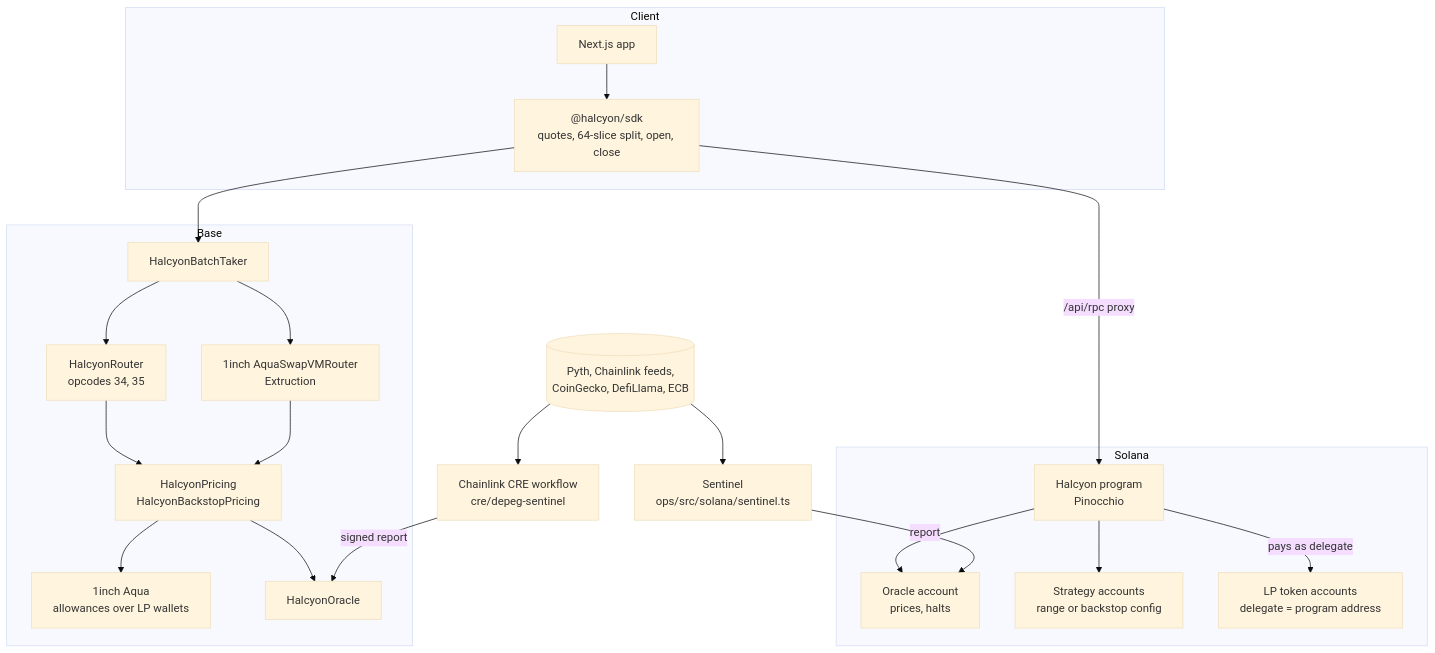
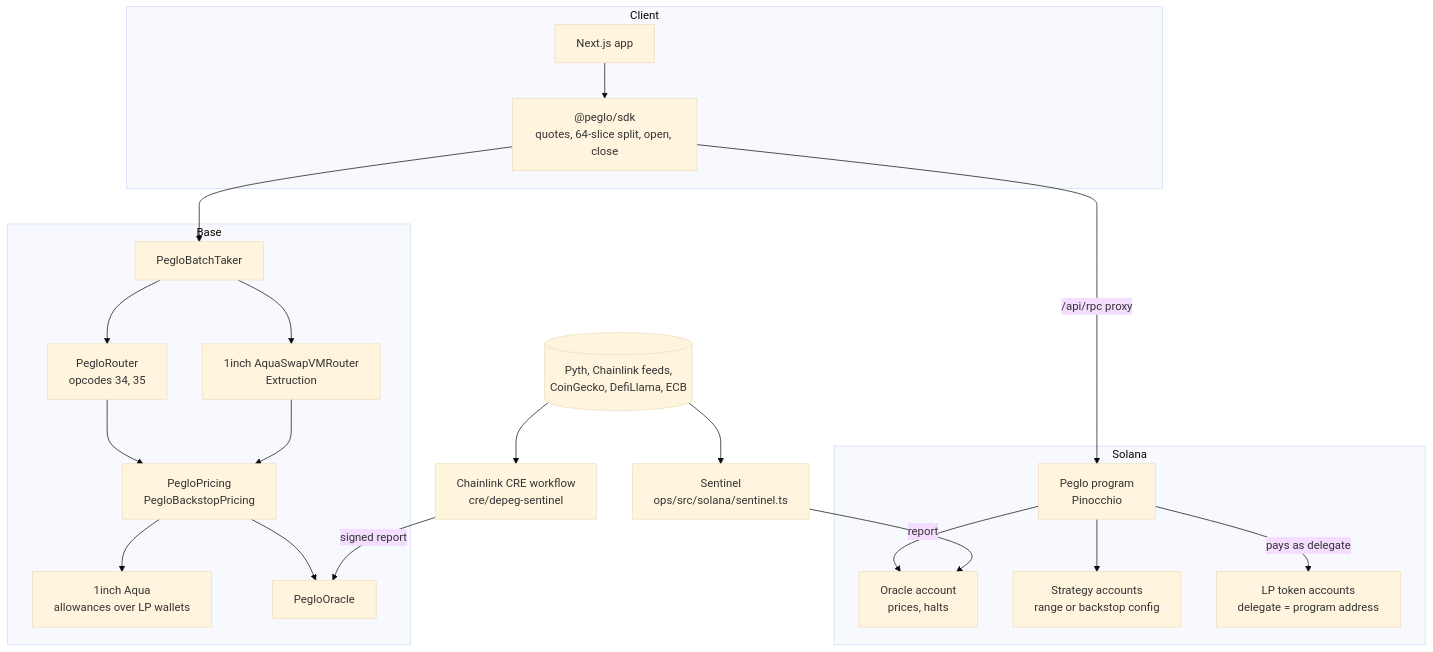
The third of 5 diagrams in README.md (cityata21-rgb/Peglo), drawn with Mermaid (base theme) before and after one commit. The commit also changed other lines of this file and 10 other files, not shown here.

````diff
--- a/README.md
+++ b/README.md
@@ -335,38 +335,38 @@
 ```mermaid
 flowchart TB
     subgraph Client
         UI[Next.js app]
-        SDK["@halcyon/sdk<br/>quotes, 64-slice split, open, close"]
+        SDK["@peglo/sdk<br/>quotes, 64-slice split, open, close"]
         UI --> SDK
     end
 
     subgraph Solana
-        PROG[Halcyon program<br/>Pinocchio]
+        PROG[Peglo program<br/>Pinocchio]
         ORC[Oracle account<br/>prices, halts]
         STR[Strategy accounts<br/>range or backstop config]
         LPS[LP token accounts<br/>delegate = program address]
         PROG --> ORC
         PROG --> STR
         PROG -->|pays as delegate| LPS
     end
 
     subgraph Base
-        BT[HalcyonBatchTaker]
-        SR[HalcyonRouter<br/>opcodes 34, 35]
+        BT[PegloBatchTaker]
+        SR[PegloRouter<br/>opcodes 34, 35]
         IR[1inch AquaSwapVMRouter<br/>Extruction]
-        PR[HalcyonPricing<br/>HalcyonBackstopPricing]
+        PR[PegloPricing<br/>PegloBackstopPricing]
         AQ[1inch Aqua<br/>allowances over LP wallets]
-        SO[HalcyonOracle]
+        SO[PegloOracle]
         BT --> SR & IR
         SR & IR --> PR
         PR --> AQ
         PR --> SO
     end
 
     SEN[Sentinel<br/>ops/src/solana/sentinel.ts] -->|report| ORC
     CRE[Chainlink CRE workflow<br/>cre/depeg-sentinel] -->|signed report| SO
     SRC[(Pyth, Chainlink feeds,<br/>CoinGecko, DefiLlama, ECB)] --> SEN & CRE
 
     SDK -->|/api/rpc proxy| PROG
     SDK --> BT
 ```
````
